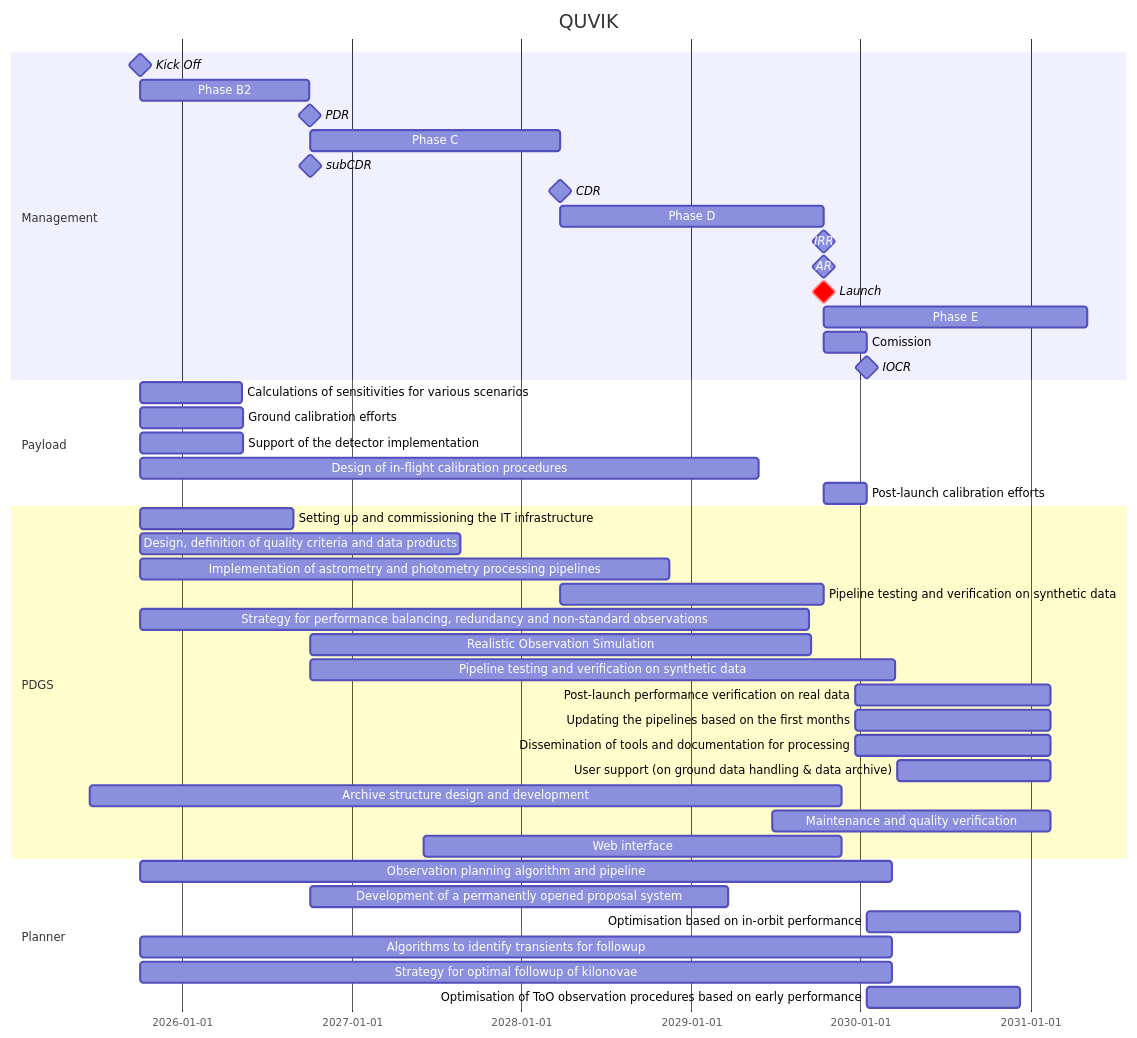
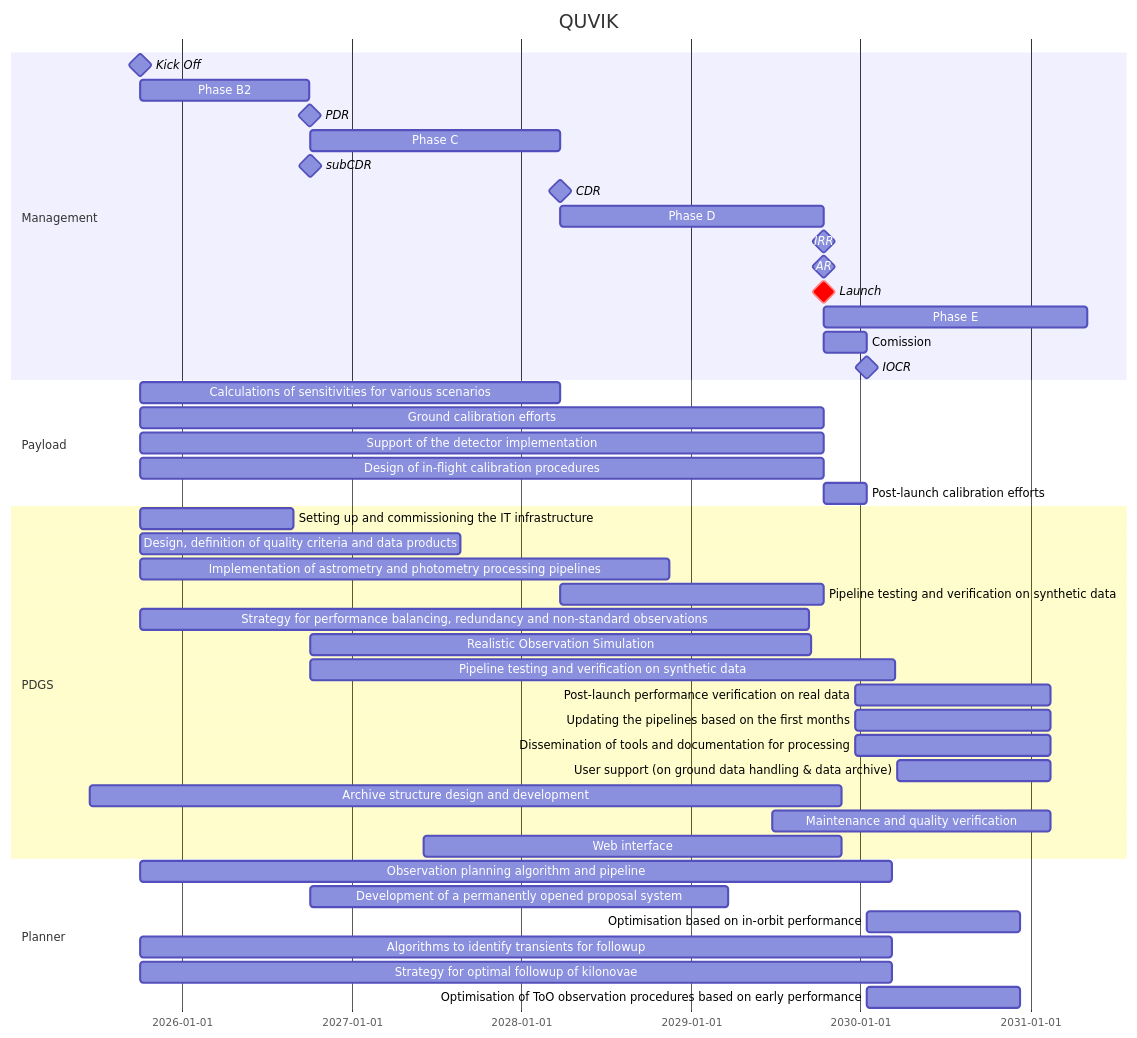
Before and after one commit to limu007/quvik: the diagram in calib/Block.md, drawn with Mermaid.

````diff
--- a/calib/Block.md
+++ b/calib/Block.md
@@ -3,50 +3,50 @@
 ```mermaid
 gantt
     title QUVIK
     dateFormat  YYYY-MM-DD
     section Management
     Kick Off : milestone, m1, 2025-09-31, 1d
     Phase B2 : b2, after m1, 52w
     PDR : milestone, pdr, after b2, 1d
     Phase C : c1, after pdr, 77w
     subCDR :  milestone, sc1, after pdr + 52w, 1d
     CDR : milestone, cdr, after c1, 1d
     Phase D : d1, after cdr, 81w
     IRR : milestone, irr, after d1, 1d
     AR : milestone, ar, after d1, 1d
     Launch : crit, milestone, frr, after d1, 1d
     Phase E : e1, after frr, 81w
     Comission : e2, after frr, 13w
     IOCR : milestone, iocr, after e2, 1d
 
     section Payload
-    Calculations of sensitivities for various scenarios :  after m1 , 220d 
-    Ground calibration efforts :  after m1 , 221d 
-    Support of the detector implementation :  after m1 , 222d 
-    Design of in-flight calibration procedures :  after m1 , 1332d 
+    Calculations of sensitivities for various scenarios :  after m1 , until cdr
+    Ground calibration efforts :  after m1 , until ar
+    Support of the detector implementation :  after m1 , until ar 
+    Design of in-flight calibration procedures :  after m1 , until frr
     Post-launch calibration efforts :  after frr , until iocr 
 
     section PDGS
     Setting up and commissioning the IT infrastructure : after m1, 330d
     Design, definition of quality criteria and data products : 	after m1	, 690d
     Implementation of astrometry and photometry processing pipelines : 	after m1 , 1140d
     Pipeline testing and verification on synthetic data : pp, after cdr, until frr
     Strategy for performance balancing, redundancy and non-standard observations :  after m1 , 1440d
     Realistic Observation Simulation :  after pdr , 1080d
     Pipeline testing and verification on synthetic data :  after pdr , 1260d
     Post-launch performance verification on real data :  2029-12-21 , 420d
     Updating the pipelines based on the first months :  2029-12-21 , 420d
     Dissemination of tools and documentation for processing :  2029-12-21 , 420d
      User support (on ground data handling & data archive) :  2030-03-21 , 330d
      Archive structure design and development :  2025-06-15 , 1620d
      Maintenance and quality verification :  2029-06-24 , 600d
      Web interface :  2027-06-05 , 900d
 
     section Planner
     Observation planning algorithm and pipeline :  after m1 , 1620d
     Development of a permanently opened proposal system :  after sc1 , 900d
     Optimisation based on in-orbit performance :  after iocr , 330d
     Algorithms to identify transients for followup :  after m1 , 1620d
     Strategy for optimal followup of kilonovae :  after m1 , 1620d
     Optimisation of ToO observation procedures based on early performance :  after iocr , 330d
 ```
````
